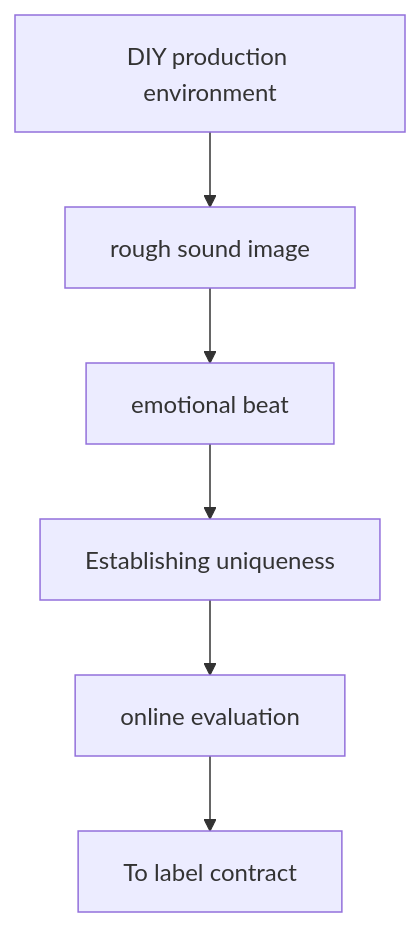
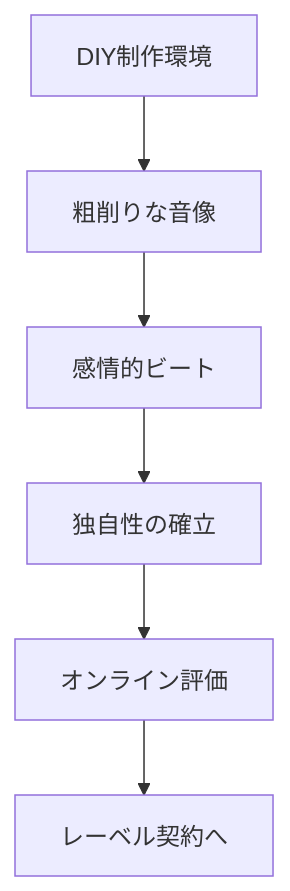
One commit to monumental-movement/monumental-movement.github.io changed the third of 11 diagrams in en/_posts/2026-05-24-column-loraine-james.md. Above: the diagram before and after it, drawn with Mermaid. The commit also changed other lines of this file and 2196 other files, not shown here.

```diff
--- a/en/_posts/2026-05-24-column-loraine-james.md
+++ b/en/_posts/2026-05-24-column-loraine-james.md
@@ -115,8 +115,8 @@
 <div class="mermaid">
 flowchart TD
-A[DIY production environment] --> B[rough sound image]
-B --> C[emotional beat]
-C --> D[Establishing uniqueness]
-D --> E[online evaluation]
-E --> F[To label contract]
+A[DIY制作環境] --> B[粗削りな音像]
+B --> C[感情的ビート]
+C --> D[独自性の確立]
+D --> E[オンライン評価]
+E --> F[レーベル契約へ]
 </div>
```
